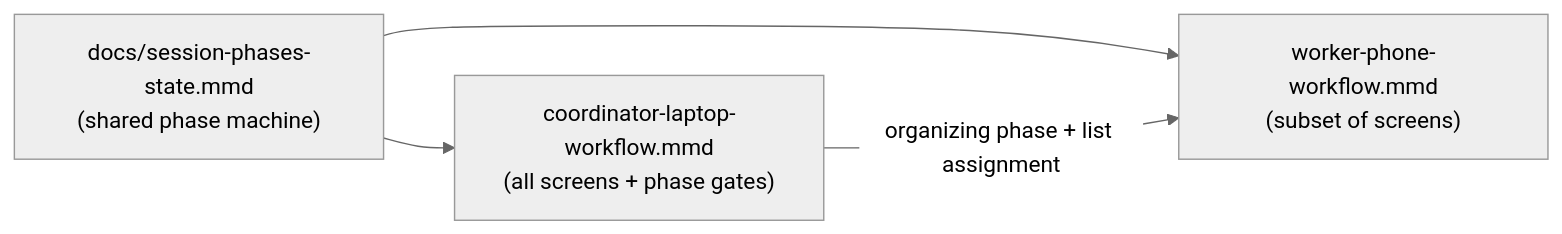
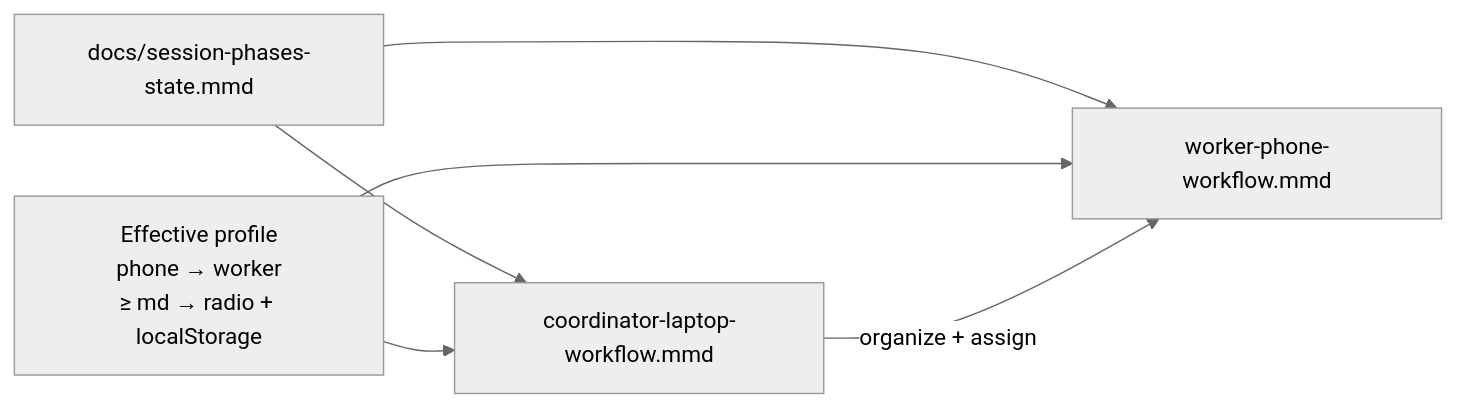
Before and after one commit to dcvezzani/brick-counter-coordinator-02: the first of 2 diagrams in feature/diff-workflows-for-desktop-and-phone/workflow-diagrams.md, drawn with Mermaid (neutral theme). The commit also changed other lines of this file and 5 other files, not shown here.

First line of the commit message:
Plan: profile radio + localStorage; incorporate UX review

````diff
--- a/feature/diff-workflows-for-desktop-and-phone/workflow-diagrams.md
+++ b/feature/diff-workflows-for-desktop-and-phone/workflow-diagrams.md
@@ -16,9 +23,12 @@
 ```mermaid
 flowchart LR
-    PhaseMachine["docs/session-phases-state.mmd\n(shared phase machine)"]
-    Coord["coordinator-laptop-workflow.mmd\n(all screens + phase gates)"]
-    Worker["worker-phone-workflow.mmd\n(subset of screens)"]
+    PhaseMachine["docs/session-phases-state.mmd"]
+    Profile["Effective profile\nphone → worker\n≥ md → radio + localStorage"]
+    Coord["coordinator-laptop-workflow.mmd"]
+    Worker["worker-phone-workflow.mmd"]
     PhaseMachine --> Coord
     PhaseMachine --> Worker
-    Coord -->|"organizing phase + list assignment"| Worker
+    Profile --> Coord
+    Profile --> Worker
+    Coord -->|"organize + assign"| Worker
 ```
````
